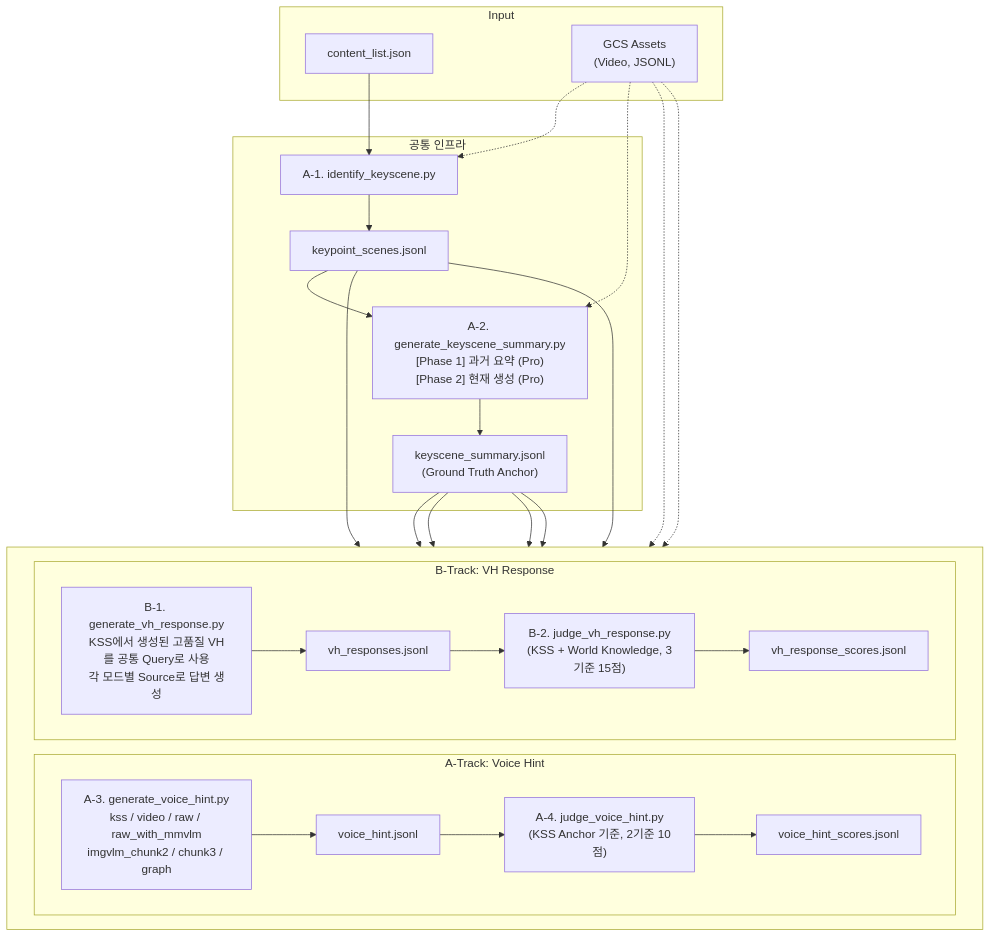
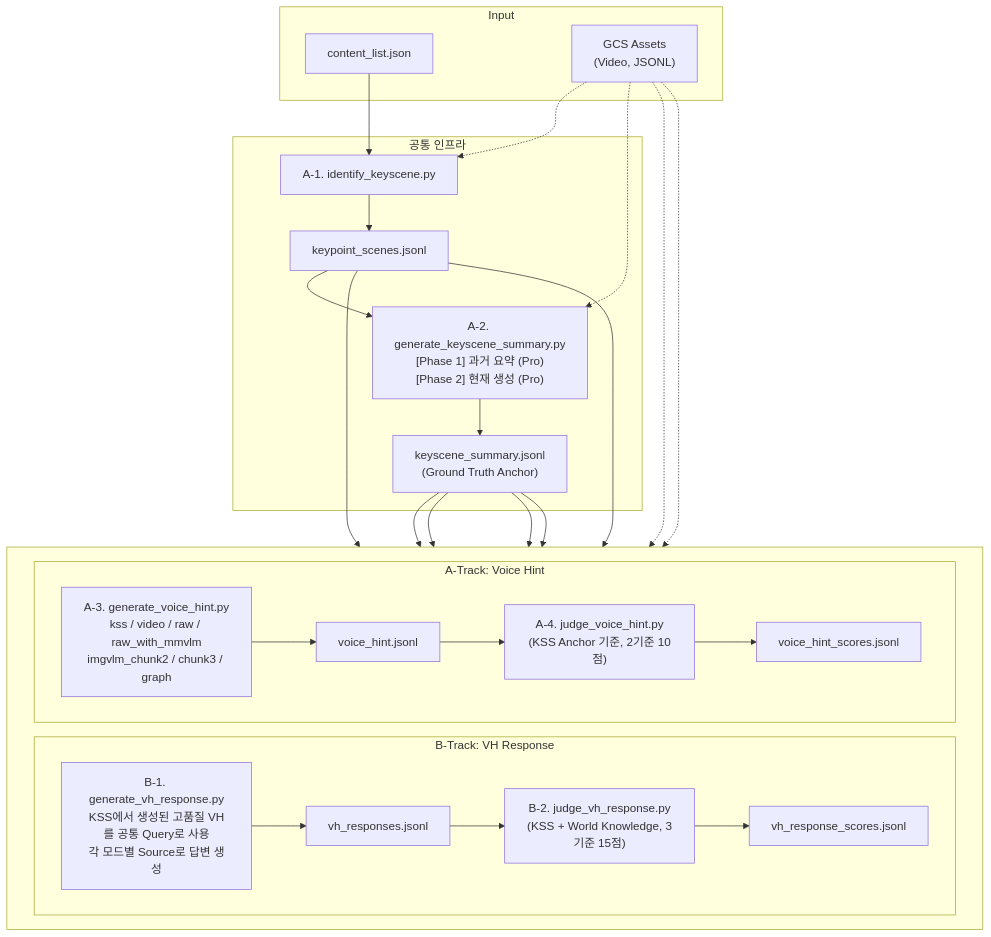
Before and after one commit to obeychoi0120/LLMJudge: the diagram in README.md, drawn with Mermaid. The commit also changed other lines of this file, not shown here.

````diff
--- a/README.md
+++ b/README.md
@@ -41,53 +41,53 @@
 ```mermaid
 flowchart TD
     subgraph INPUT["Input"]
         CL["content_list.json"]
         GCS["GCS Assets\n(Video, JSONL)"]
     end
 
     subgraph INFRA["공통 인프라"]
         A1["A-1. identify_keyscene.py"]
         KP["keypoint_scenes.jsonl"]
         A2["A-2. generate_keyscene_summary.py\n[Phase 1] 과거 요약 (Pro)\n[Phase 2] 현재 생성 (Pro)"]
         KSS["keyscene_summary.jsonl\n(Ground Truth Anchor)"]
     end
 
     subgraph TRACKS[" "]
         direction LR
+        subgraph BTRACK["B-Track: VH Response"]
+            B1["B-1. generate_vh_response.py\nKSS에서 생성된 고품질 VH를 공통 Query로 사용\n각 모드별 Source로 답변 생성"]
+            VHR["vh_responses.jsonl"]
+            B2["B-2. judge_vh_response.py\n(KSS + World Knowledge, 3기준 15점)"]
+            VHRS["vh_response_scores.jsonl"]
+        end
         subgraph ATRACK["A-Track: Voice Hint"]
             A3["A-3. generate_voice_hint.py\nkss / video / raw / raw_with_mmvlm\nimgvlm_chunk2 / chunk3 / graph"]
             VH["voice_hint.jsonl"]
             A4["A-4. judge_voice_hint.py\n(KSS Anchor 기준, 2기준 10점)"]
             VHS["voice_hint_scores.jsonl"]
-        end
-        subgraph BTRACK["B-Track: VH Response"]
-            B1["B-1. generate_vh_response.py\nKSS에서 생성된 고품질 VH를 공통 Query로 사용\n각 모드별 Source로 답변 생성"]
-            VHR["vh_responses.jsonl"]
-            B2["B-2. judge_vh_response.py\n(KSS + World Knowledge, 3기준 15점)"]
-            VHRS["vh_response_scores.jsonl"]
         end
     end
 
     CL --> A1
     GCS -.-> A1
     A1 --> KP
     KP --> A2
     GCS -.-> A2
     A2 --> KSS
 
     KSS --> A3
     KP --> A3
     GCS -.-> A3
     A3 --> VH
     VH --> A4
     KSS --> A4
     A4 --> VHS
 
     KSS --> B1
     KP --> B1
     GCS -.-> B1
     B1 --> VHR
     VHR --> B2
     KSS --> B2
     B2 --> VHRS
 ```
````
